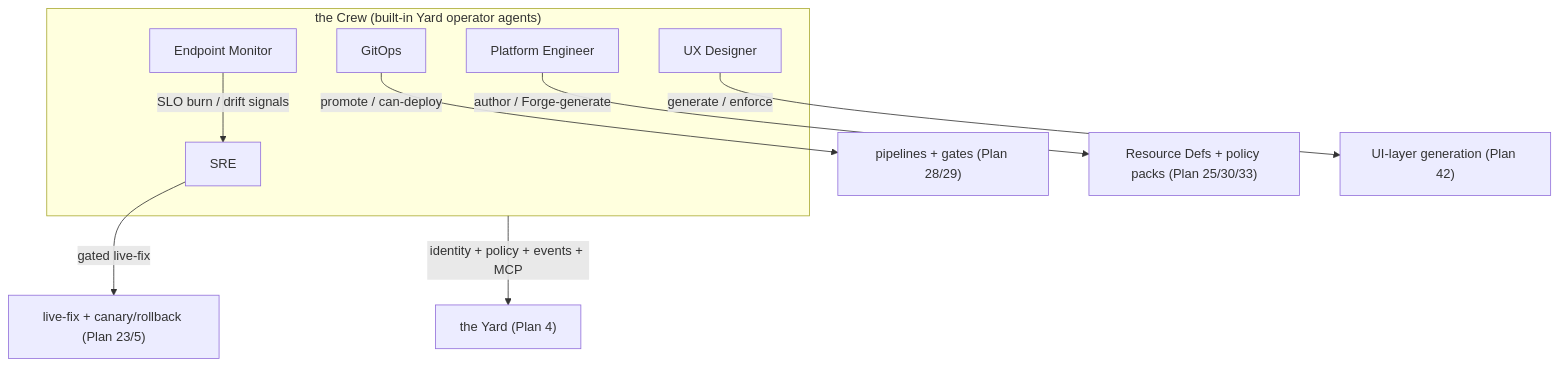
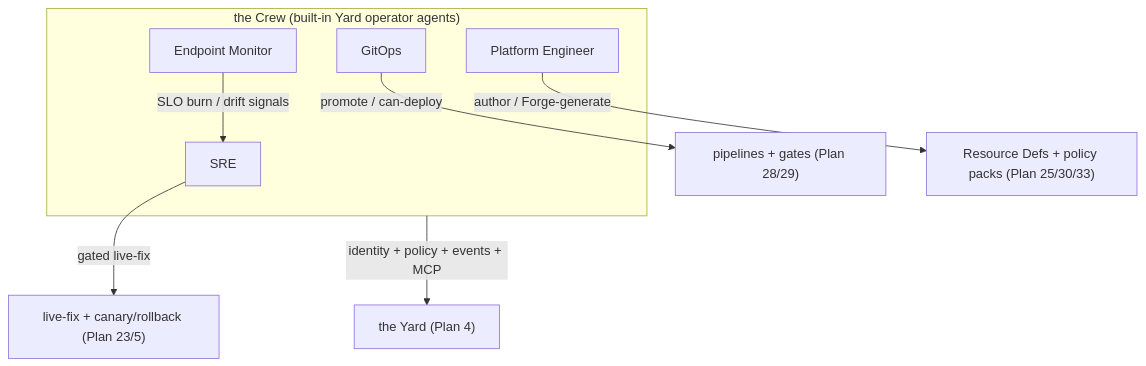
Before and after one commit to Tyler-R-Kendrick/HoBo: the diagram in docs/design/40-operator-agents.md, drawn with Mermaid. The commit also changed other lines of this file and 40 other files, not shown here.

````diff
--- a/docs/design/40-operator-agents.md
+++ b/docs/design/40-operator-agents.md
@@ -17,16 +17,14 @@
 ```mermaid
 flowchart TB
   subgraph CREW["the Crew (built-in Yard operator agents)"]
     SRE["SRE"]
     EM["Endpoint Monitor"]
     GO["GitOps"]
     PE["Platform Engineer"]
-    UX["UX Designer"]
   end
   EM -->|SLO burn / drift signals| SRE
   SRE -->|gated live-fix| FIX["live-fix + canary/rollback (Plan 23/5)"]
   GO -->|promote / can-deploy| DEP["pipelines + gates (Plan 28/29)"]
   PE -->|author / Forge-generate| DEFS["Resource Defs + policy packs (Plan 25/30/33)"]
-  UX -->|generate / enforce| UIGEN["UI-layer generation (Plan 42)"]
   CREW -->|identity + policy + events + MCP| YARD["the Yard (Plan 4)"]
 ```
````
